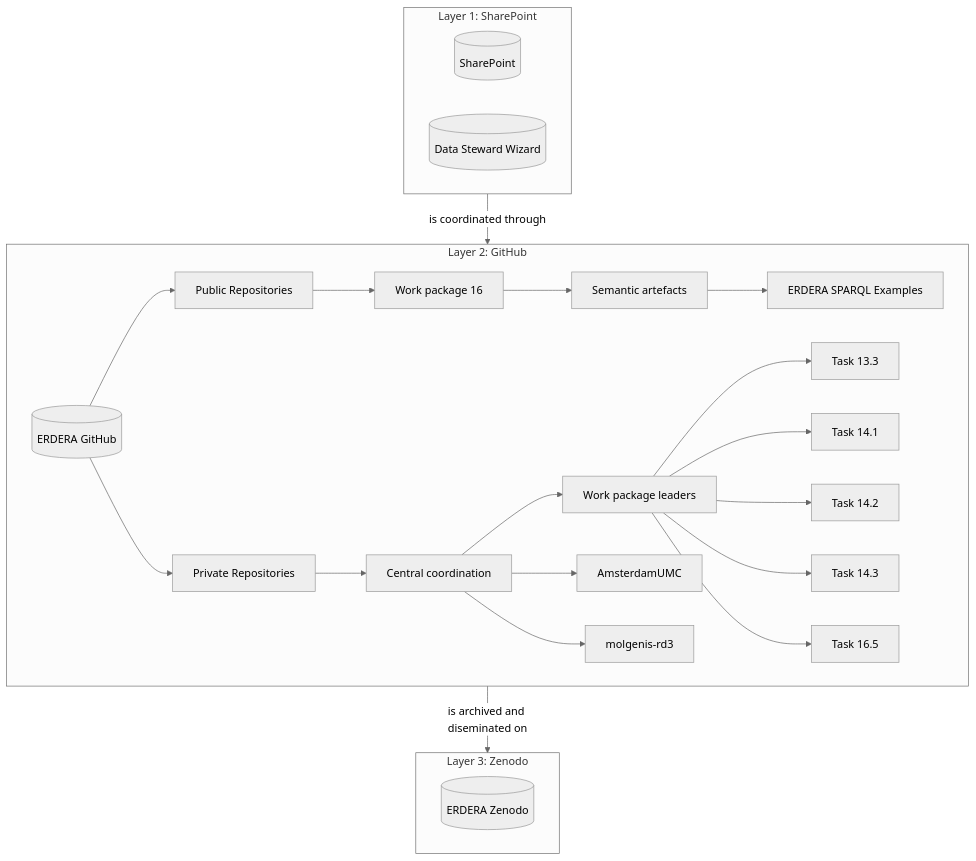
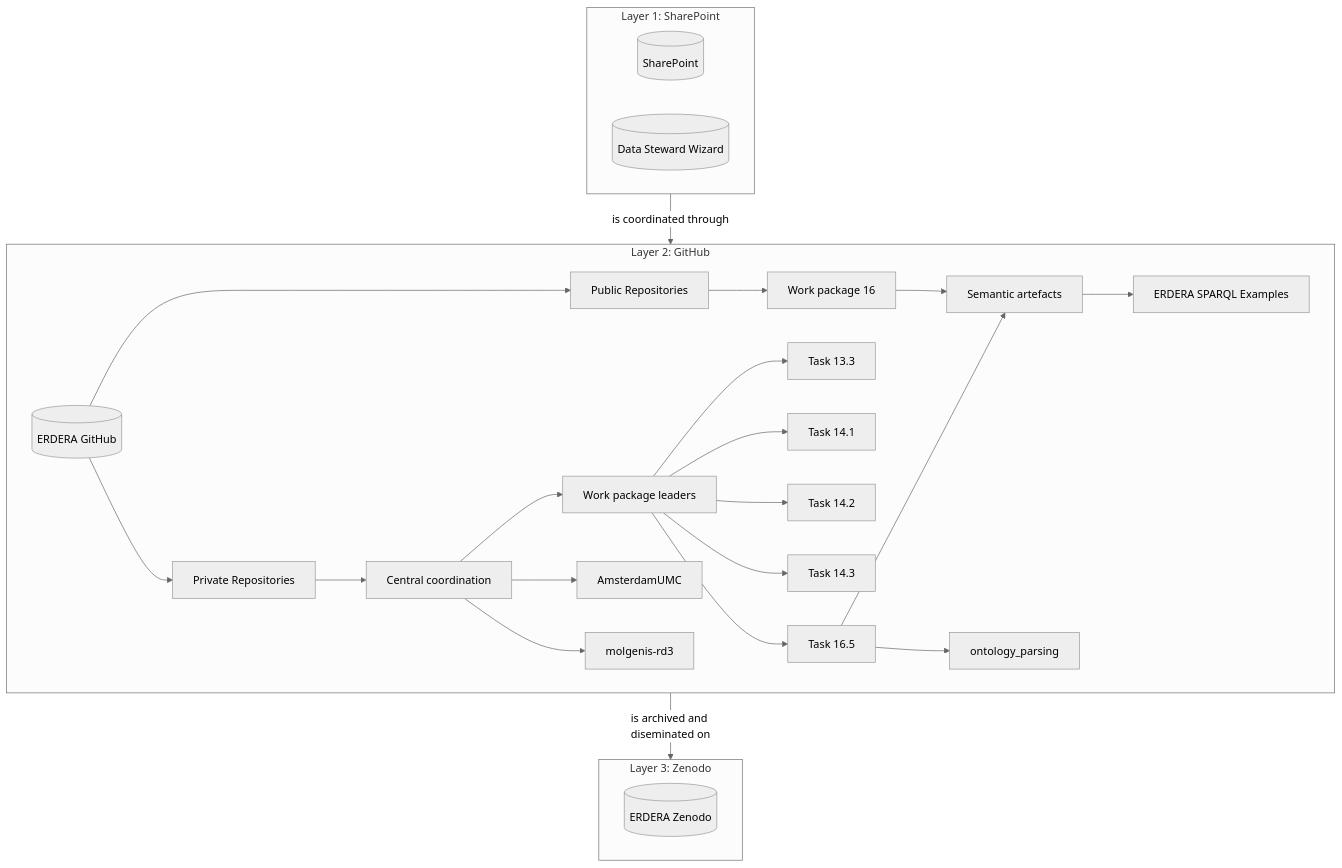
Before and after one commit to ERDERA/REPO-central-coordination: the diagram in README.md, drawn with Mermaid (neutral theme).

````diff
--- a/README.md
+++ b/README.md
@@ -62,36 +62,34 @@
 ```mermaid
 graph TD
     subgraph ClusterA [Layer 1: SharePoint]
         SP[(SharePoint)]
         DSW[(Data Steward Wizard)]
     end
 
     subgraph ClusterB [Layer 2: GitHub]
     direction LR
         EGH[(ERDERA GitHub)] --> PrivR[Private Repositories]
         EGH --> PubR[Public Repositories]  
         PubR --> WP16[Work package 16]
         WP16 --> SE[Semantic artefacts]
         SE --> SPARQLEX[ERDERA SPARQL Examples]
         PrivR --> CC[Central coordination]
         CC --> WPL[Work package leaders]
         CC --> AMC[AmsterdamUMC]
         CC --> MR[molgenis-rd3]
         WPL --> 13.3[Task 13.3]
         WPL --> 14.1[Task 14.1]
         WPL --> 14.2[Task 14.2]
         WPL --> 14.3[Task 14.3]
         WPL --> 16.5[Task 16.5]
+        16.5 --> OP[ontology_parsing]
+        16.5 --> SE
     end
 
     subgraph ClusterC [Layer 3: Zenodo]
         EZD[(ERDERA Zenodo)]
     end
     
     ClusterA --> |is coordinated through| ClusterB
     ClusterB --> |is archived and diseminated on| ClusterC
-
-
-
-
 ```
````
